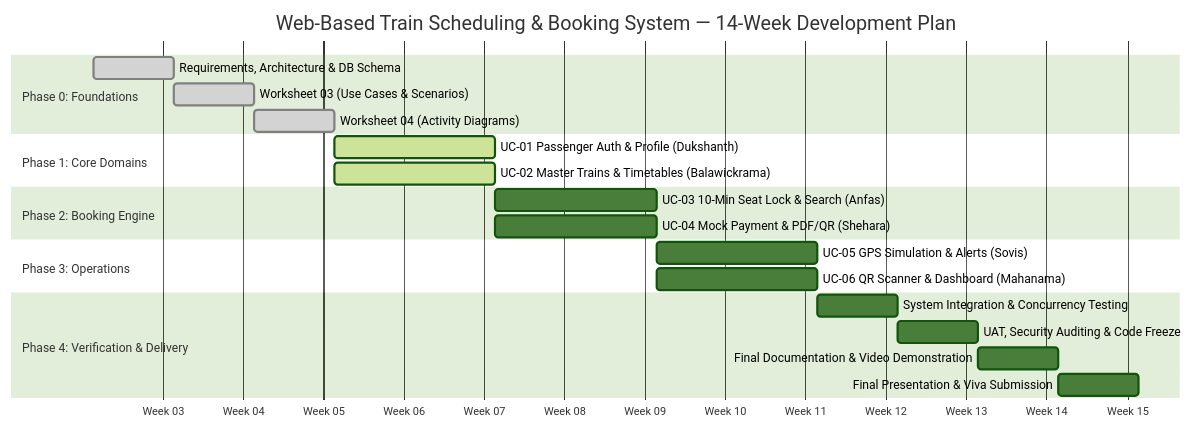
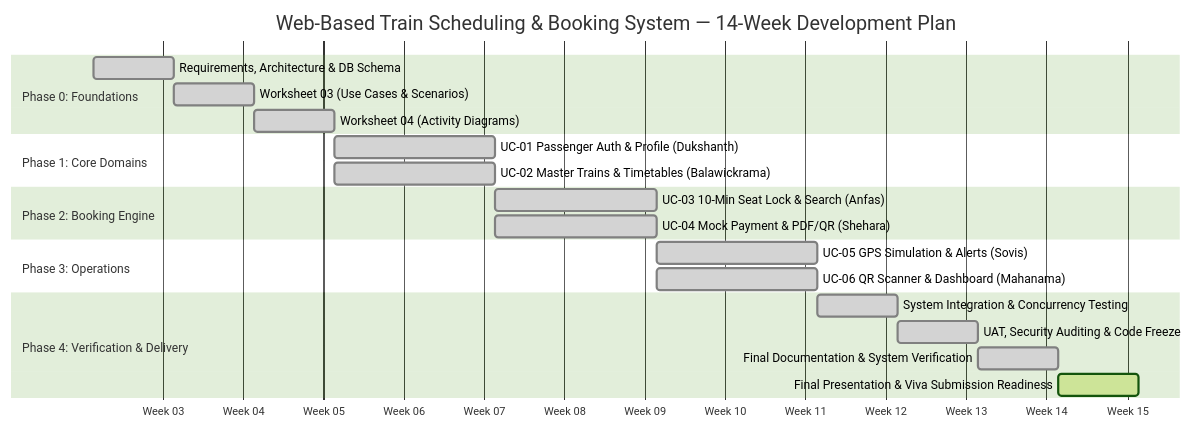
Before and after one commit to IT25102327/Web-based-Train-Scheduling-Booking-System: the eighth of 8 diagrams in plan.md, drawn with Mermaid (forest theme). The commit also changed other lines of this file and 49 other files, not shown here.

````diff
--- a/plan.md
+++ b/plan.md
@@ -567,29 +567,29 @@
 ```mermaid
 gantt
     title Web-Based Train Scheduling & Booking System — 14-Week Development Plan
     dateFormat  YYYY-MM-DD
     axisFormat  Week %W
 
     section Phase 0: Foundations
     Requirements, Architecture & DB Schema :done, p0_1, 2026-01-19, 1w
     Worksheet 03 (Use Cases & Scenarios)   :done, p0_2, after p0_1, 1w
     Worksheet 04 (Activity Diagrams)       :done, p0_3, after p0_2, 1w
 
     section Phase 1: Core Domains
-    UC-01 Passenger Auth & Profile (Dukshanth) :active, p1_1, after p0_3, 2w
-    UC-02 Master Trains & Timetables (Balawickrama) :active, p1_2, after p0_3, 2w
+    UC-01 Passenger Auth & Profile (Dukshanth) :done, p1_1, after p0_3, 2w
+    UC-02 Master Trains & Timetables (Balawickrama) :done, p1_2, after p0_3, 2w
 
     section Phase 2: Booking Engine
-    UC-03 10-Min Seat Lock & Search (Anfas)    :p2_1, after p1_1, 2w
-    UC-04 Mock Payment & PDF/QR (Shehara)      :p2_2, after p1_2, 2w
+    UC-03 10-Min Seat Lock & Search (Anfas)    :done, p2_1, after p1_1, 2w
+    UC-04 Mock Payment & PDF/QR (Shehara)      :done, p2_2, after p1_2, 2w
 
     section Phase 3: Operations
-    UC-05 GPS Simulation & Alerts (Sovis)      :p3_1, after p2_1, 2w
-    UC-06 QR Scanner & Dashboard (Mahanama)    :p3_2, after p2_2, 2w
+    UC-05 GPS Simulation & Alerts (Sovis)      :done, p3_1, after p2_1, 2w
+    UC-06 QR Scanner & Dashboard (Mahanama)    :done, p3_2, after p2_2, 2w
 
     section Phase 4: Verification & Delivery
-    System Integration & Concurrency Testing   :p4_1, after p3_1, 1w
-    UAT, Security Auditing & Code Freeze       :p4_2, after p4_1, 1w
-    Final Documentation & Video Demonstration  :p4_3, after p4_2, 1w
-    Final Presentation & Viva Submission       :p4_4, after p4_3, 1w
+    System Integration & Concurrency Testing   :done, p4_1, after p3_1, 1w
+    UAT, Security Auditing & Code Freeze       :done, p4_2, after p4_1, 1w
+    Final Documentation & System Verification  :done, p4_3, after p4_2, 1w
+    Final Presentation & Viva Submission Readiness :active, p4_4, after p4_3, 1w
 ```
````
